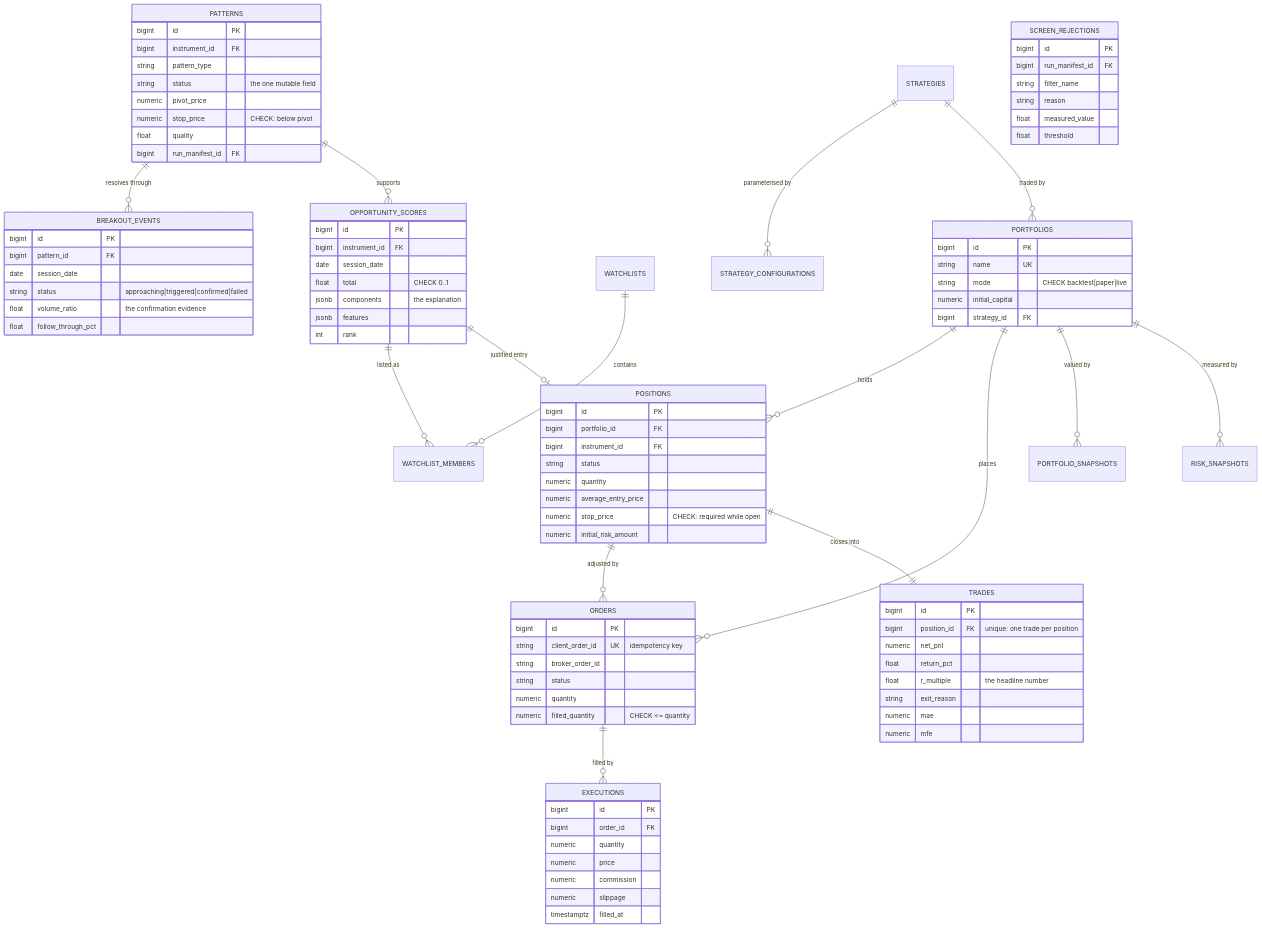
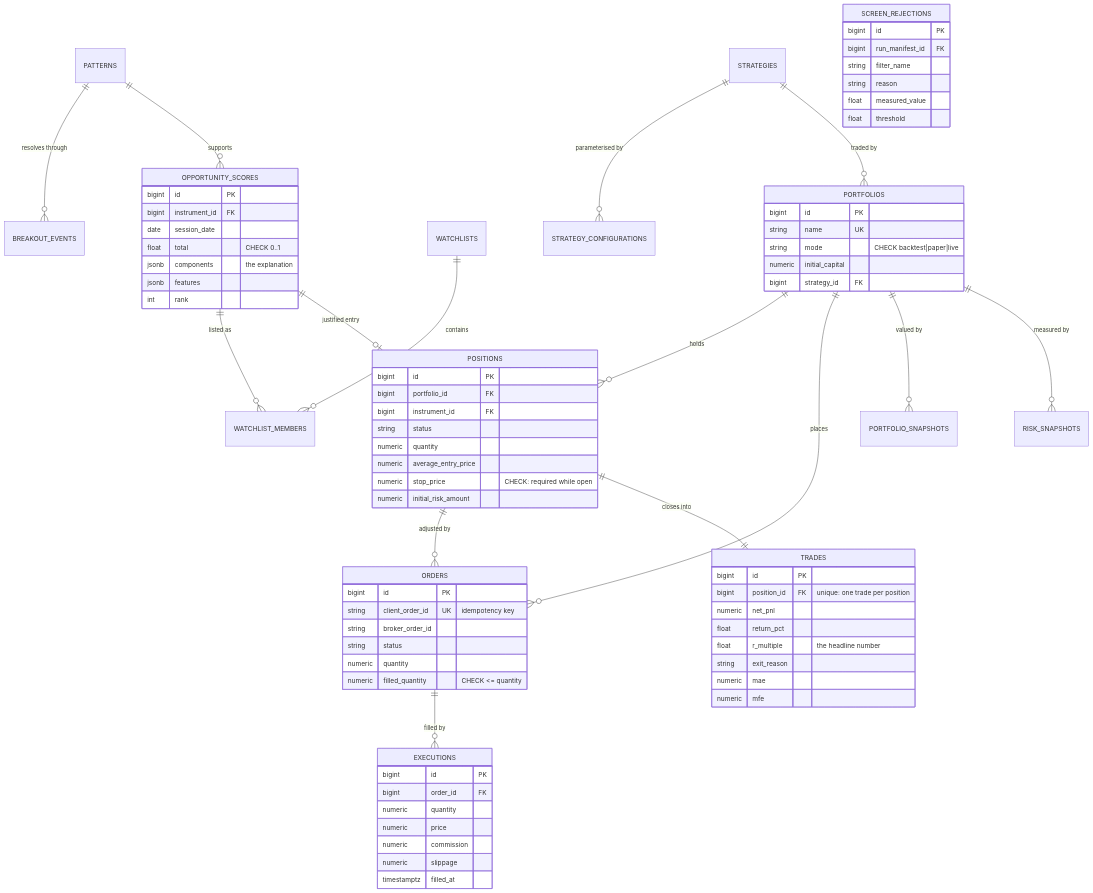
One commit to asassn/tradeit changed the fourth of 8 diagrams in docs/DATA_MODEL.md. Above: the diagram before and after it, drawn with Mermaid. The commit also changed other lines of this file and 3 other files, not shown here.

First line of the commit message:
Document all 57 tables in DATA_MODEL; pin the inventory and the diagrams

```diff
--- a/docs/DATA_MODEL.md
+++ b/docs/DATA_MODEL.md
@@ -276,24 +389,6 @@
     STRATEGIES ||--o{ STRATEGY_CONFIGURATIONS : "parameterised by"
     STRATEGIES ||--o{ PORTFOLIOS : "traded by"
 
-    PATTERNS {
-        bigint id PK
-        bigint instrument_id FK
-        string pattern_type
-        string status "the one mutable field"
-        numeric pivot_price
-        numeric stop_price "CHECK: below pivot"
-        float  quality
-        bigint run_manifest_id FK
-    }
-    BREAKOUT_EVENTS {
-        bigint id PK
-        bigint pattern_id FK
-        date   session_date
-        string status "approaching|triggered|confirmed|failed"
-        float  volume_ratio "the confirmation evidence"
-        float  follow_through_pct
-    }
     OPPORTUNITY_SCORES {
         bigint id PK
         bigint instrument_id FK
```
